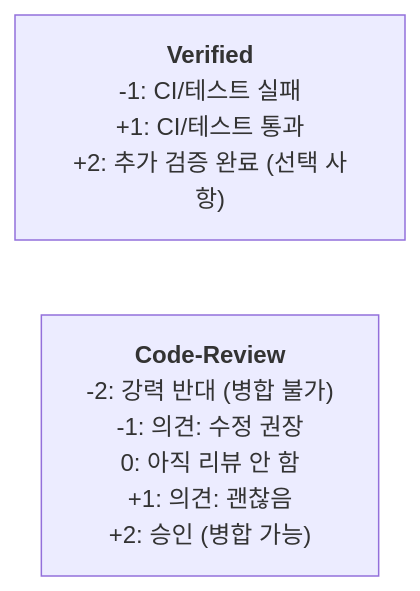
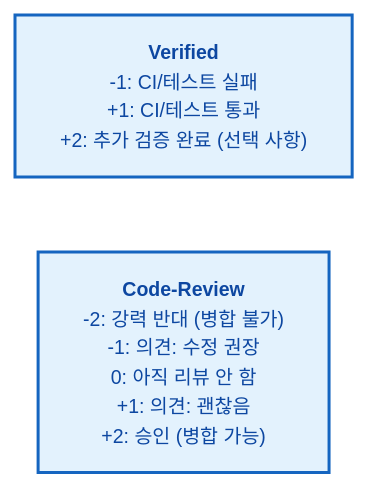
Before and after one commit to jingu279/Document: the fourth of 4 diagrams in git/07_Gerrit/01_Gerrit_소개.md, drawn with Mermaid. The commit also changed other lines of this file and 24 other files, not shown here.

First line of the commit message:
Git 문서 전체 Mermaid 다이어그램 스타일링 통일

````diff
--- a/git/07_Gerrit/01_Gerrit_소개.md
+++ b/git/07_Gerrit/01_Gerrit_소개.md
@@ -155,5 +176,12 @@
 ```mermaid
+%%{init: {'theme': 'base', 'themeVariables': {'fontSize': '13px'}}}%%
 flowchart LR
-  Verified["<b>Verified</b><br/>-1: CI/테스트 실패<br/>+1: CI/테스트 통과<br/>+2: 추가 검증 완료 (선택 사항)"]
-  CodeReview["<b>Code-Review</b><br/>-2: 강력 반대 (병합 불가)<br/>-1: 의견: 수정 권장<br/>0: 아직 리뷰 안 함<br/>+1: 의견: 괜찮음<br/>+2: 승인 (병합 가능)"]
+  Verified["<b>Verified</b><br/>-1: CI/테스트 실패<br/>+1: CI/테스트 통과<br/>+2: 추가 검증 완료 (선택 사항)"]:::proc
+  CodeReview["<b>Code-Review</b><br/>-2: 강력 반대 (병합 불가)<br/>-1: 의견: 수정 권장<br/>0: 아직 리뷰 안 함<br/>+1: 의견: 괜찮음<br/>+2: 승인 (병합 가능)"]:::proc
+
+classDef main fill:#fff3e0,stroke:#e65100,stroke-width:2px,color:#bf360c
+classDef sub fill:#e8f5e9,stroke:#2e7d32,stroke-width:2px,color:#1b5e20
+classDef proc fill:#e3f2fd,stroke:#1565c0,stroke-width:2px,color:#0d47a1
+classDef decision fill:#fff9c4,stroke:#f9a825,stroke-width:2px,color:#e65100
+classDef highlight fill:#f3e5f5,stroke:#6a1b9a,stroke-width:2px,color:#4a148c
 ```
````
